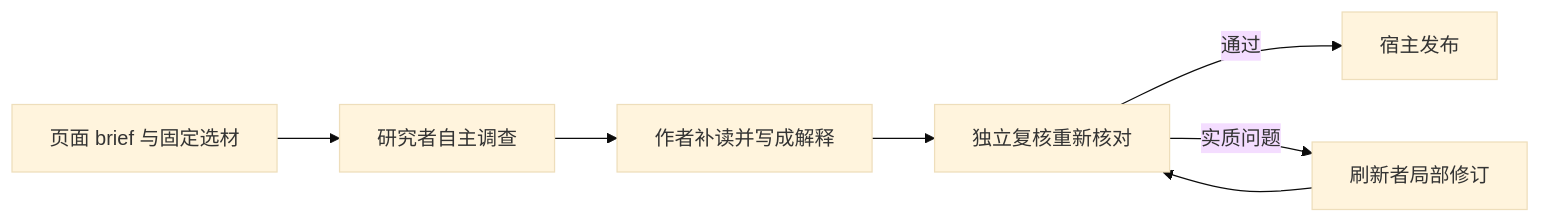
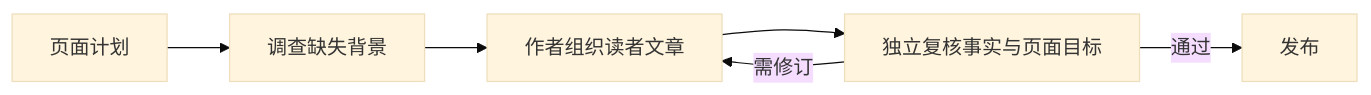
One commit to lejunyang/omem changed the diagram in .repo-review/knowledge/articles/8a78e7c7634bdf870e9fc4ddcb0670e345ae0a629b2af3c08bd864ef0f1482aa.md. Above: the diagram before and after it, drawn with Mermaid (base theme). The commit also changed other lines of this file and 8 other files, not shown here.

````diff
--- a/.repo-review/knowledge/articles/8a78e7c7634bdf870e9fc4ddcb0670e345ae0a629b2af3c08bd864ef0f1482aa.md
+++ b/.repo-review/knowledge/articles/8a78e7c7634bdf870e9fc4ddcb0670e345ae0a629b2af3c08bd864ef0f1482aa.md
@@ -37,9 +28,8 @@
 ```mermaid
 flowchart LR
-  B[页面 brief 与固定选材] --> R[研究者自主调查]
-  R --> W[作者补读并写成解释]
-  W --> V[独立复核重新核对]
-  V -->|通过| P[宿主发布]
-  V -->|实质问题| F[刷新者局部修订]
-  F --> V
+  A[页面计划] --> B[调查缺失背景]
+  B --> C[作者组织读者文章]
+  C --> D[独立复核事实与页面目标]
+  D -->|通过| E[发布]
+  D -->|需修订| C
 ```
````
